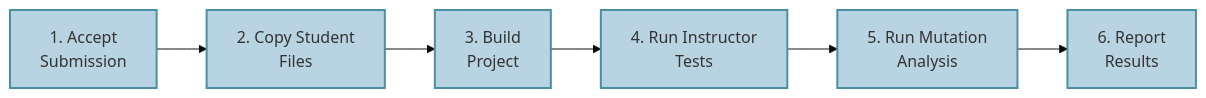
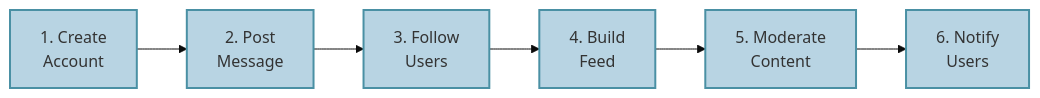
One commit to neu-pdi/cs3100-public-resources changed the first of 8 diagrams in lecture-slides-spertus/l18-architecture-design.mdx. Above: the diagram before and after it, drawn with Mermaid. The commit also changed other lines of this file, not shown here.

````diff
--- a/lecture-slides-spertus/l18-architecture-design.mdx
+++ b/lecture-slides-spertus/l18-architecture-design.mdx
@@ -179,12 +179,12 @@
 ```mermaid
 %%{init: {'theme': 'base', 'themeVariables': { 'fontSize': '16px' }}}%%
 flowchart LR
-    A["1. Accept<br/>Submission"] --> B["2. Copy Student<br/>Files"]
-    B --> C["3. Build<br/>Project"]
-    C --> D["4. Run Instructor<br/>Tests"]
-    D --> E["5. Run Mutation<br/>Analysis"]
-    E --> F["6. Report<br/>Results"]
+    A["1. Create<br/>Account"] --> B["2. Post<br/>Message"]
+    B --> C["3. Follow<br/>Users"]
+    C --> D["4. Build<br/>Feed"]
+    D --> E["5. Moderate<br/>Content"]
+    E --> F["6. Notify<br/>Users"]
 
     classDef step fill:#B8D4E3,stroke:#4A90A4,stroke-width:2px
     class A,B,C,D,E,F step
 ```
````
